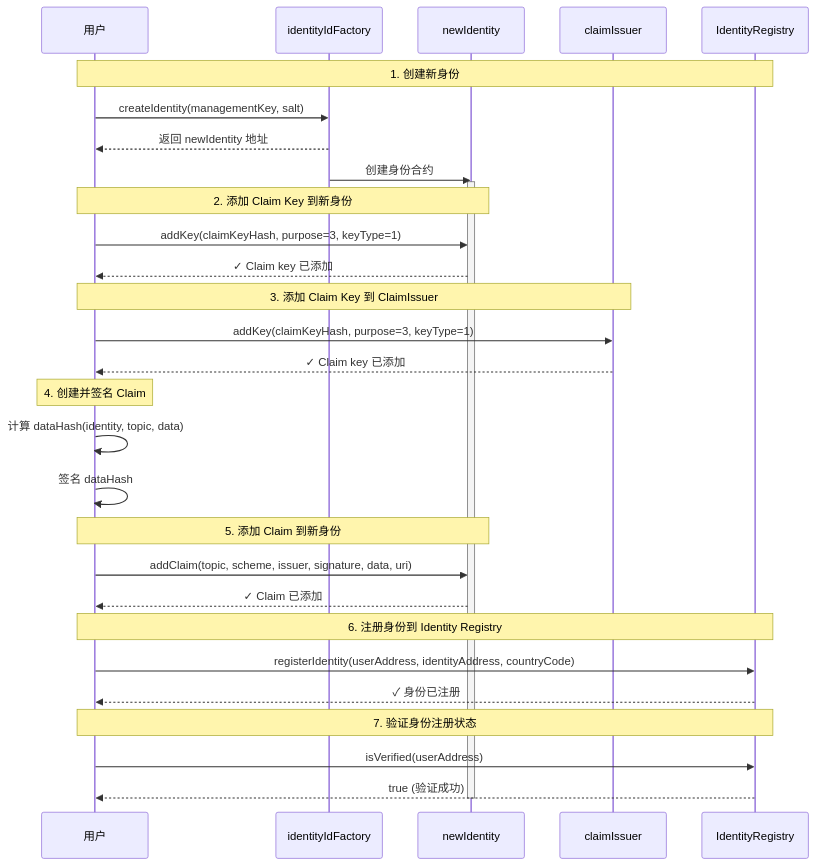
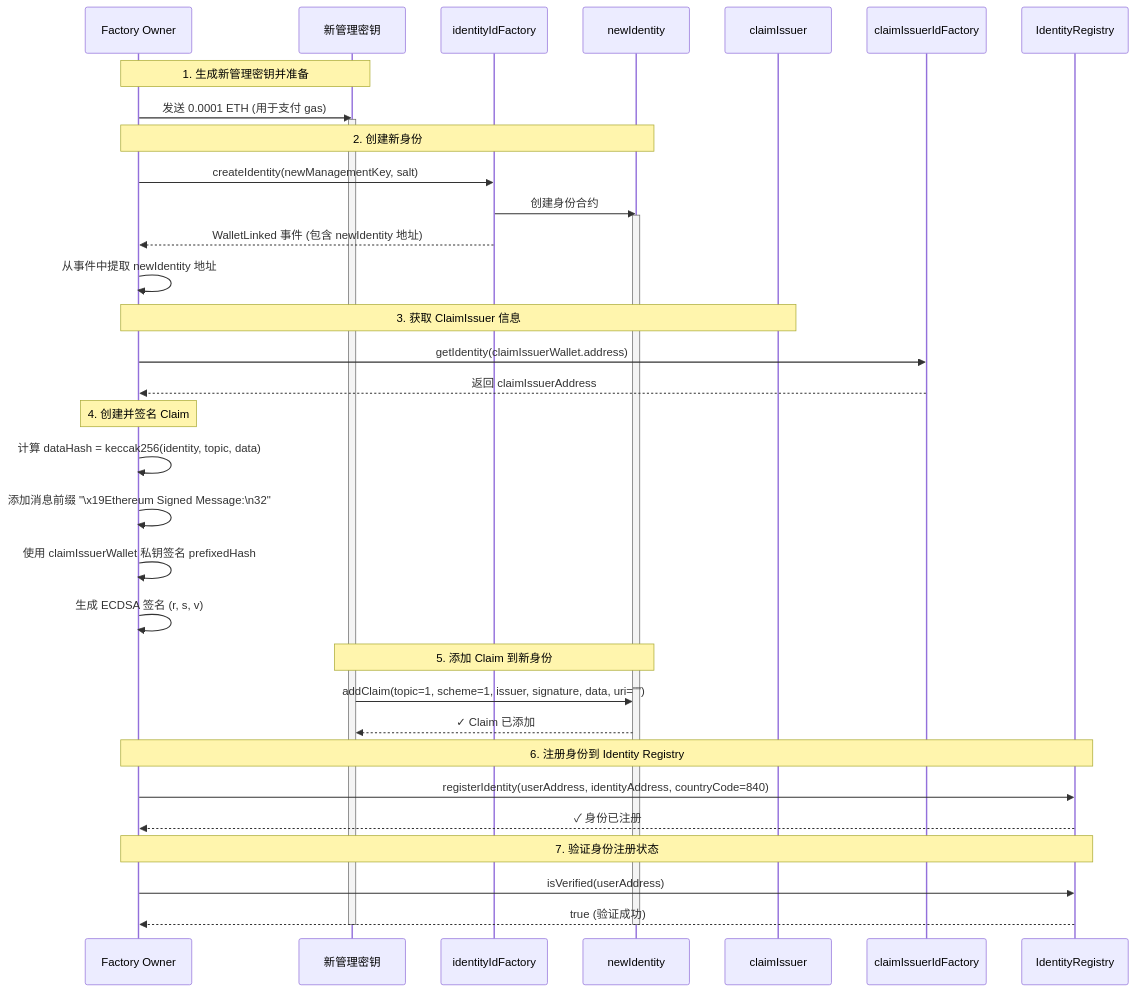
Before and after one commit to Joshuashen022/erc-3643-demo: the diagram in document/examples/registerNewIdentity_flowchart.md, drawn with Mermaid. The commit also changed other lines of this file, not shown here.

Commit message:
update register

````diff
--- a/document/examples/registerNewIdentity_flowchart.md
+++ b/document/examples/registerNewIdentity_flowchart.md
@@ -5,40 +5,46 @@
 ```mermaid
 sequenceDiagram
-    participant User as 用户
+    participant FactoryOwner as Factory Owner
+    participant NewMgmtKey as 新管理密钥
     participant Factory as identityIdFactory
     participant NewIdentity as newIdentity
     participant ClaimIssuer as claimIssuer
+    participant ClaimIssuerFactory as claimIssuerIdFactory
     participant Registry as IdentityRegistry
 
-    Note over User,Registry: 1. 创建新身份
-    User->>Factory: createIdentity(managementKey, salt)
-    Factory-->>User: 返回 newIdentity 地址
+    Note over FactoryOwner,NewMgmtKey: 1. 生成新管理密钥并准备
+    FactoryOwner->>NewMgmtKey: 发送 0.0001 ETH (用于支付 gas)
+    activate NewMgmtKey
+
+    Note over FactoryOwner,NewIdentity: 2. 创建新身份
+    FactoryOwner->>Factory: createIdentity(newManagementKey, salt)
     Factory->>NewIdentity: 创建身份合约
     activate NewIdentity
+    Factory-->>FactoryOwner: WalletLinked 事件 (包含 newIdentity 地址)
+    FactoryOwner->>FactoryOwner: 从事件中提取 newIdentity 地址
 
-    Note over User,NewIdentity: 2. 添加 Claim Key 到新身份
-    User->>NewIdentity: addKey(claimKeyHash, purpose=3, keyType=1)
-    NewIdentity-->>User: ✓ Claim key 已添加
+    Note over FactoryOwner,ClaimIssuer: 3. 获取 ClaimIssuer 信息
+    FactoryOwner->>ClaimIssuerFactory: getIdentity(claimIssuerWallet.address)
+    ClaimIssuerFactory-->>FactoryOwner: 返回 claimIssuerAddress
 
-    Note over User,ClaimIssuer: 3. 添加 Claim Key 到 ClaimIssuer
-    User->>ClaimIssuer: addKey(claimKeyHash, purpose=3, keyType=1)
-    ClaimIssuer-->>User: ✓ Claim key 已添加
+    Note over FactoryOwner: 4. 创建并签名 Claim
+    FactoryOwner->>FactoryOwner: 计算 dataHash = keccak256(identity, topic, data)
+    FactoryOwner->>FactoryOwner: 添加消息前缀 "\x19Ethereum Signed Message:\n32"
+    FactoryOwner->>FactoryOwner: 使用 claimIssuerWallet 私钥签名 prefixedHash
+    FactoryOwner->>FactoryOwner: 生成 ECDSA 签名 (r, s, v)
 
-    Note over User: 4. 创建并签名 Claim
-    User->>User: 计算 dataHash(identity, topic, data)
-    User->>User: 签名 dataHash
+    Note over NewMgmtKey,NewIdentity: 5. 添加 Claim 到新身份
+    NewMgmtKey->>NewIdentity: addClaim(topic=1, scheme=1, issuer, signature, data, uri="")
+    NewIdentity-->>NewMgmtKey: ✓ Claim 已添加
 
-    Note over User,NewIdentity: 5. 添加 Claim 到新身份
-    User->>NewIdentity: addClaim(topic, scheme, issuer, signature, data, uri)
-    NewIdentity-->>User: ✓ Claim 已添加
+    Note over FactoryOwner,Registry: 6. 注册身份到 Identity Registry
+    FactoryOwner->>Registry: registerIdentity(userAddress, identityAddress, countryCode=840)
+    Registry-->>FactoryOwner: ✓ 身份已注册
 
-    Note over User,Registry: 6. 注册身份到 Identity Registry
-    User->>Registry: registerIdentity(userAddress, identityAddress, countryCode)
-    Registry-->>User: ✓ 身份已注册
-
-    Note over User,Registry: 7. 验证身份注册状态
-    User->>Registry: isVerified(userAddress)
-    Registry-->>User: true (验证成功)
+    Note over FactoryOwner,Registry: 7. 验证身份注册状态
+    FactoryOwner->>Registry: isVerified(userAddress)
+    Registry-->>FactoryOwner: true (验证成功)
 
     deactivate NewIdentity
+    deactivate NewMgmtKey
 ```
````
